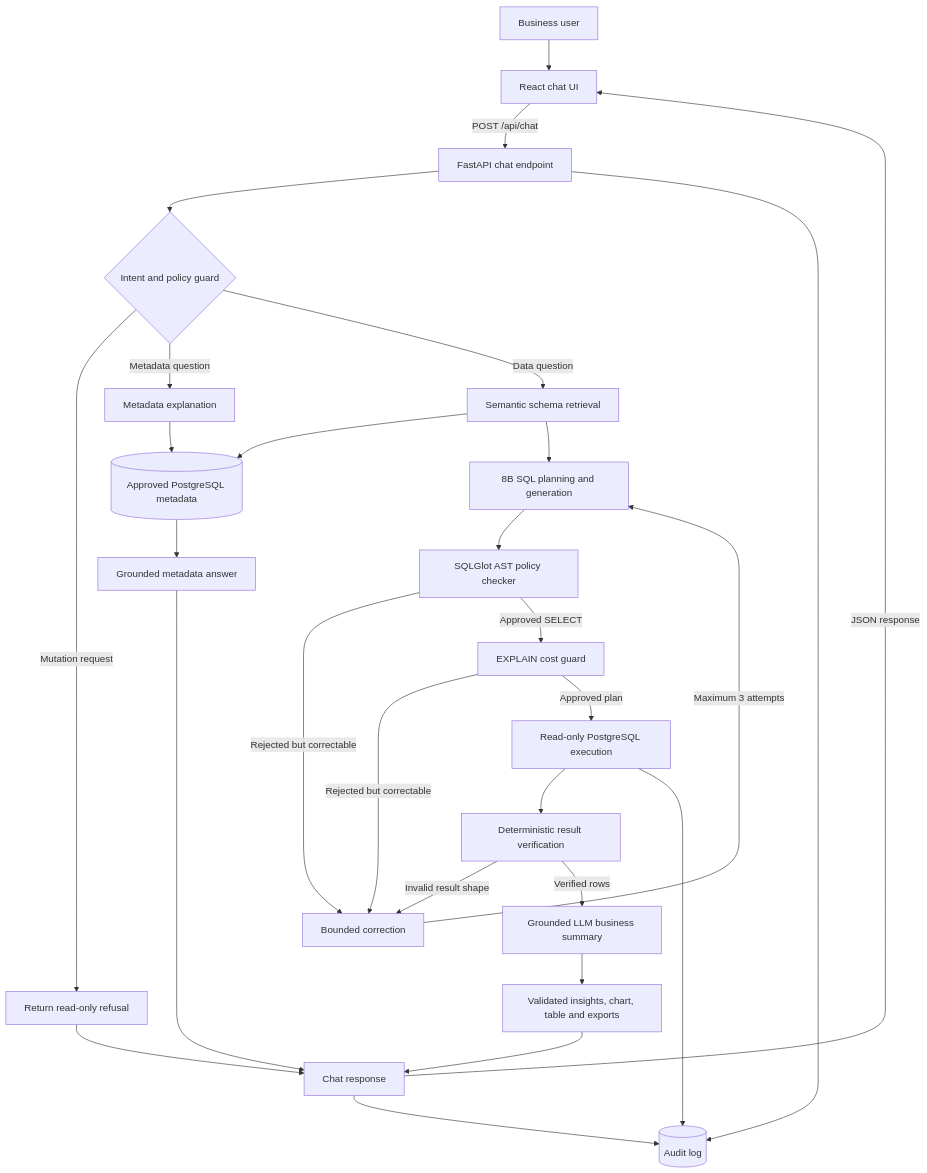
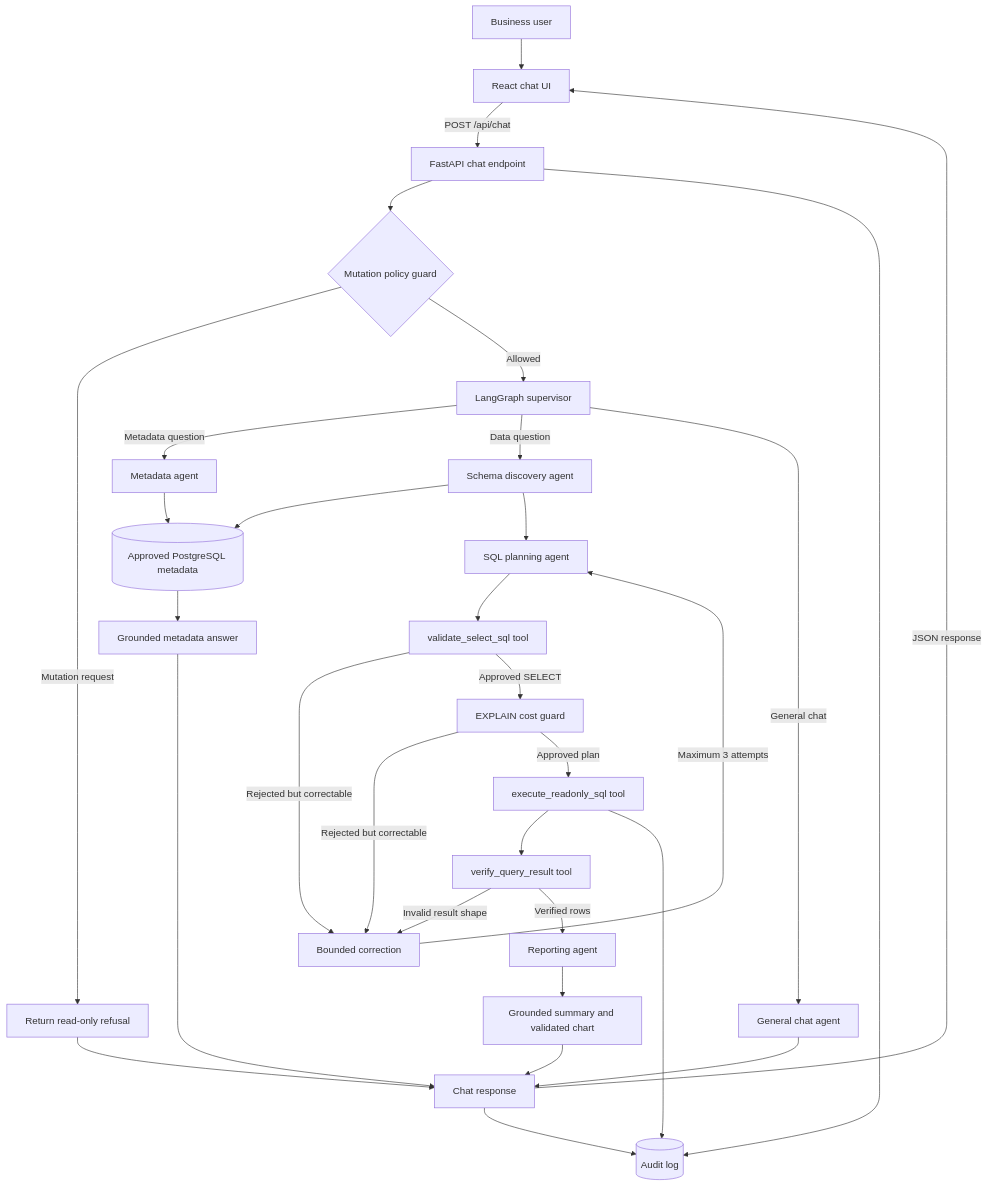
Before and after one commit to TKRowling/SQL-Generation-Agent: the diagram in ARCHITECTURE.md, drawn with Mermaid. The commit also changed other lines of this file and 29 other files, not shown here.

Commit message:
Refactor AskMe into bounded LangGraph multi-agent system

````diff
--- a/ARCHITECTURE.md
+++ b/ARCHITECTURE.md
@@ -32,36 +33,39 @@
 ```mermaid
 flowchart TD
     U[Business user] --> UI[React chat UI]
     UI -->|POST /api/chat| API[FastAPI chat endpoint]
 
-    API --> SAFE{Intent and policy guard}
+    API --> SAFE{Mutation policy guard}
     SAFE -->|Mutation request| BLOCK[Return read-only refusal]
-    SAFE -->|Metadata question| META[Metadata explanation]
-    SAFE -->|Data question| RETRIEVE[Semantic schema retrieval]
+    SAFE -->|Allowed| SUP[LangGraph supervisor]
+    SUP -->|Metadata question| META[Metadata agent]
+    SUP -->|Data question| RETRIEVE[Schema discovery agent]
+    SUP -->|General chat| CHAT[General chat agent]
 
     META --> CATALOG[(Approved PostgreSQL metadata)]
     CATALOG --> METAANSWER[Grounded metadata answer]
 
     RETRIEVE --> CATALOG
-    RETRIEVE --> PLAN[8B SQL planning and generation]
-    PLAN --> AST[SQLGlot AST policy checker]
+    RETRIEVE --> PLAN[SQL planning agent]
+    PLAN --> AST[validate_select_sql tool]
     AST -->|Rejected but correctable| RETRY[Bounded correction]
     AST -->|Approved SELECT| COST[EXPLAIN cost guard]
     COST -->|Rejected but correctable| RETRY
     RETRY -->|Maximum 3 attempts| PLAN
 
-    COST -->|Approved plan| EXEC[Read-only PostgreSQL execution]
-    EXEC --> VERIFY[Deterministic result verification]
+    COST -->|Approved plan| EXEC[execute_readonly_sql tool]
+    EXEC --> VERIFY[verify_query_result tool]
     VERIFY -->|Invalid result shape| RETRY
-    VERIFY -->|Verified rows| SUMMARY[Grounded LLM business summary]
-    SUMMARY --> REPORT[Validated insights, chart, table and exports]
+    VERIFY -->|Verified rows| REPORT[Reporting agent]
+    REPORT --> SUMMARY[Grounded summary and validated chart]
 
     BLOCK --> RESPONSE[Chat response]
     METAANSWER --> RESPONSE
-    REPORT --> RESPONSE
+    SUMMARY --> RESPONSE
+    CHAT --> RESPONSE
     RESPONSE -->|JSON response| UI
 
     API --> AUDIT[(Audit log)]
     EXEC --> AUDIT
     RESPONSE --> AUDIT
 ```
````
